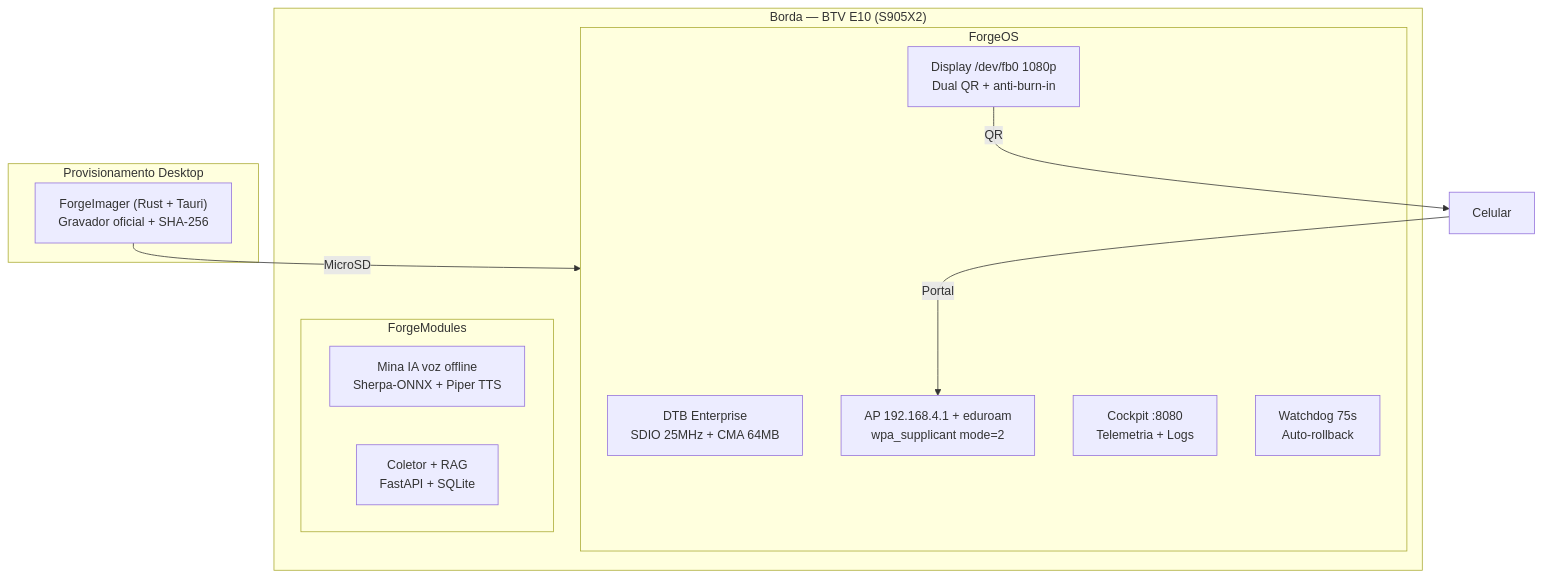
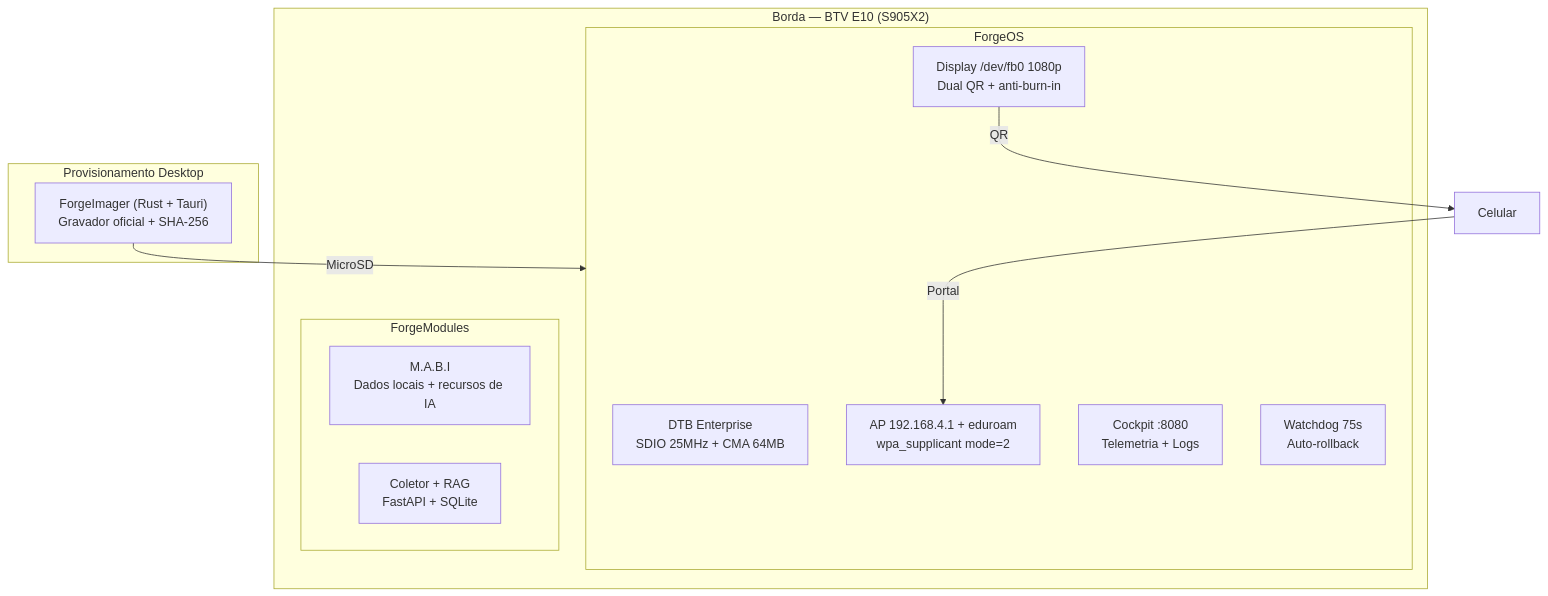
One commit to gasiepgodoy/Hackathon-TV-Box-E10 changed the diagram in Projeto Equipe 1/readme.md. Above: the diagram before and after it, drawn with Mermaid. The commit also changed other lines of this file, not shown here.

````diff
--- a/Projeto Equipe 1/readme.md
+++ b/Projeto Equipe 1/readme.md
@@ -55,22 +55,22 @@
 ```mermaid
 flowchart TB
     subgraph Desktop["Provisionamento Desktop"]
         FI["ForgeImager (Rust + Tauri)<br/>Gravador oficial + SHA-256"]
     end
     subgraph Hardware["Borda — BTV E10 (S905X2)"]
         subgraph OS["ForgeOS"]
             DTB["DTB Enterprise<br/>SDIO 25MHz + CMA 64MB"]
             DISP["Display /dev/fb0 1080p<br/>Dual QR + anti-burn-in"]
             NET["AP 192.168.4.1 + eduroam<br/>wpa_supplicant mode=2"]
             PORTAL["Cockpit :8080<br/>Telemetria + Logs"]
             WATCH["Watchdog 75s<br/>Auto-rollback"]
         end
         subgraph Hub["ForgeModules"]
-            MOD1["Mina IA voz offline<br/>Sherpa-ONNX + Piper TTS"]
+            MOD1["M.A.B.I<br/>Dados locais + recursos de IA"]
             MOD2["Coletor + RAG<br/>FastAPI + SQLite"]
         end
     end
     FI -->|MicroSD| OS
     DISP -->|QR| CEL["Celular"]
     CEL -->|Portal| NET
 ```
````
